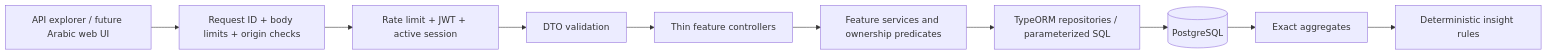
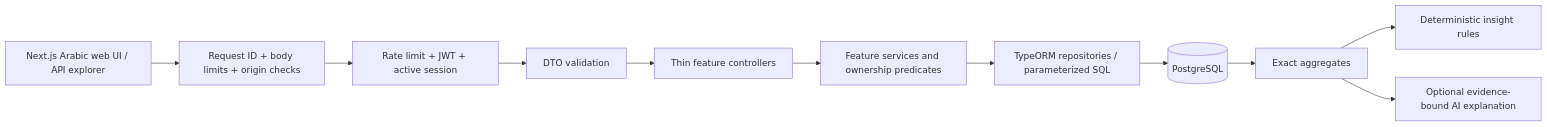
One commit to Atif-Bakhsh/RASID changed the diagram in README.md. Above: the diagram before and after it, drawn with Mermaid. The commit also changed other lines of this file and 36 other files, not shown here.

````diff
--- a/README.md
+++ b/README.md
@@ -45,12 +45,13 @@
 ```mermaid
 flowchart LR
-    Client[API explorer / future Arabic web UI] --> HTTP[Request ID + body limits + origin checks]
+    Client[Next.js Arabic web UI / API explorer] --> HTTP[Request ID + body limits + origin checks]
     HTTP --> Guards[Rate limit + JWT + active session]
     Guards --> DTO[DTO validation]
     DTO --> Controllers[Thin feature controllers]
     Controllers --> Services[Feature services and ownership predicates]
     Services --> ORM[TypeORM repositories / parameterized SQL]
     ORM --> PG[(PostgreSQL)]
     PG --> Facts[Exact aggregates]
     Facts --> Insights[Deterministic insight rules]
+    Facts --> Analyst[Optional evidence-bound AI explanation]
 ```
````
